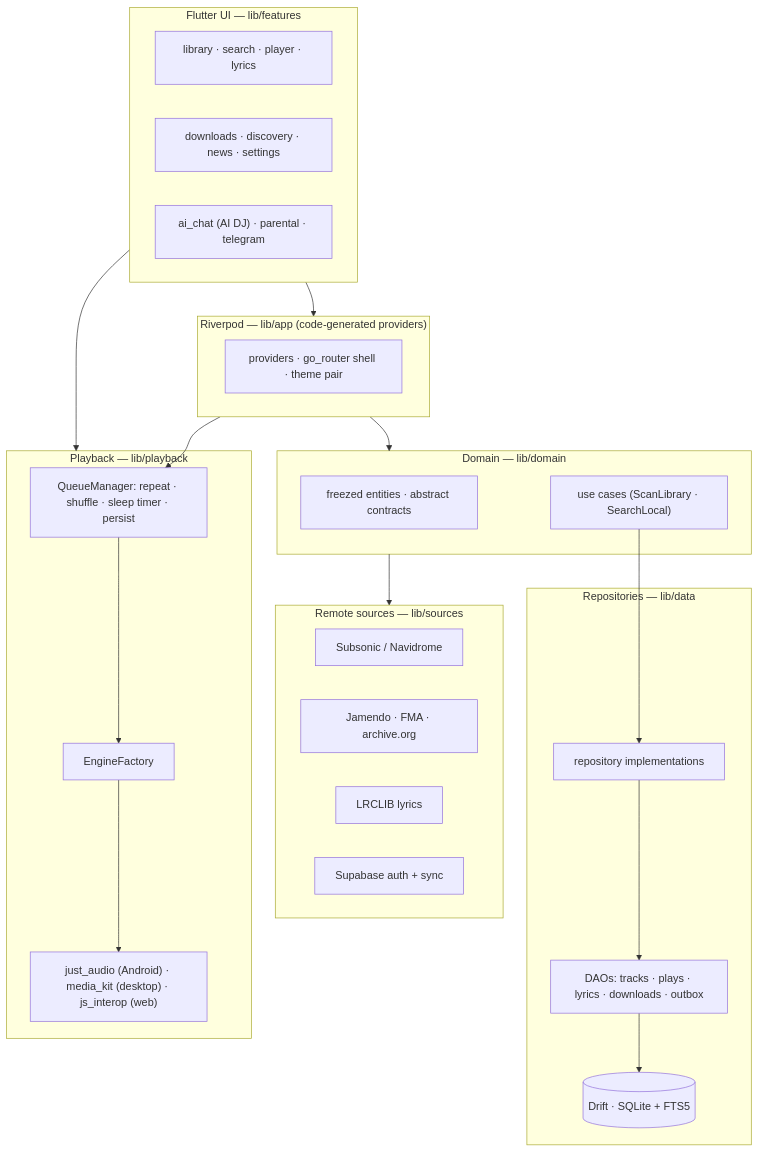
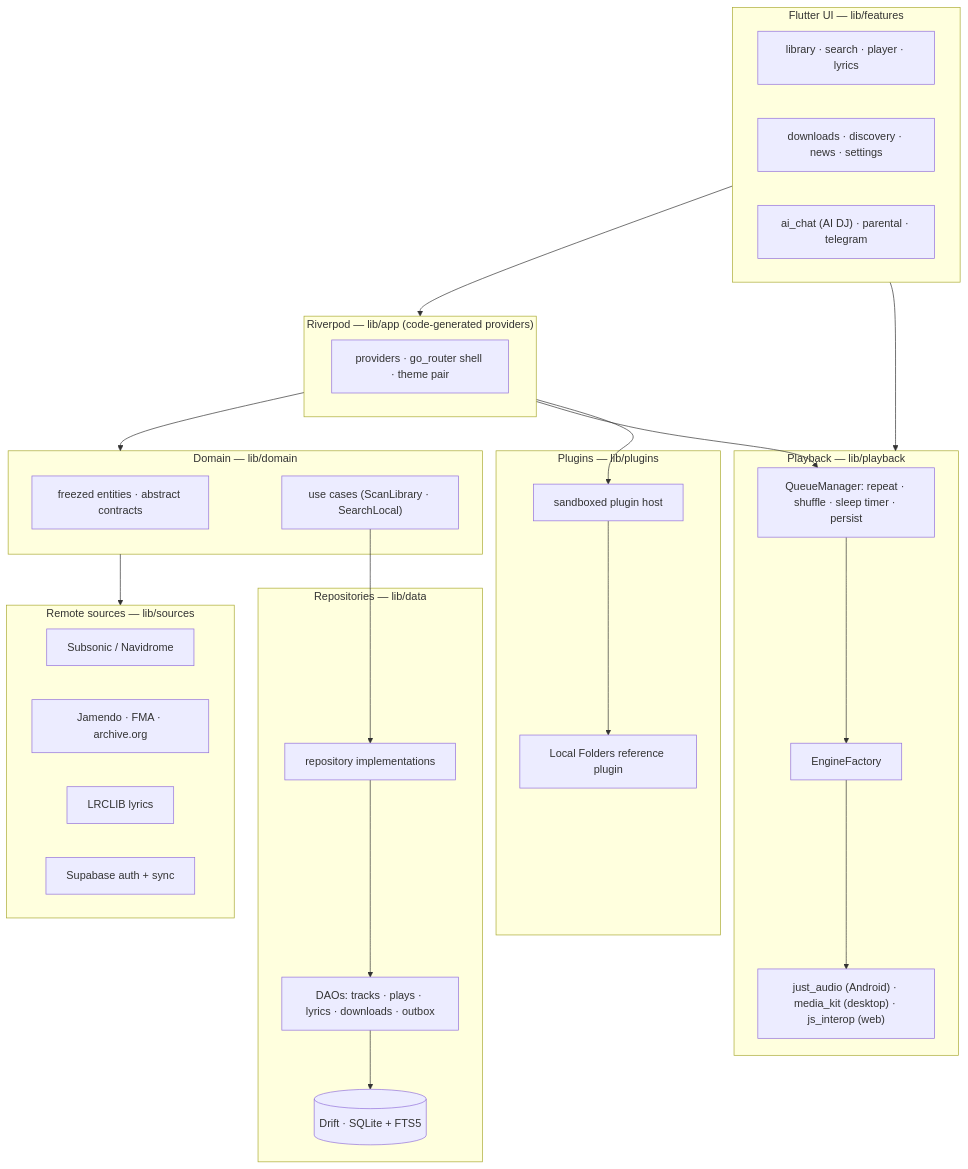
One commit to Dani-Devlop/Music_Wavely changed the diagram in README.md. Above: the diagram before and after it, drawn with Mermaid. The commit also changed other lines of this file and 1 other file, not shown here.

````diff
--- a/README.md
+++ b/README.md
@@ -87,43 +111,50 @@
 ```mermaid
 flowchart TB
     subgraph ui["Flutter UI — lib/features"]
         screens["library · search · player · lyrics"]
         morefeat["downloads · discovery · news · settings"]
         smart["ai_chat (AI DJ) · parental · telegram"]
     end
 
     subgraph state["Riverpod — lib/app (code-generated providers)"]
         prov["providers · go_router shell · theme pair"]
     end
 
     subgraph domain["Domain — lib/domain"]
         ent["freezed entities · abstract contracts"]
         uc["use cases (ScanLibrary · SearchLocal)"]
     end
 
     subgraph data["Repositories — lib/data"]
         repo["repository implementations"]
         daos["DAOs: tracks · plays · lyrics · downloads · outbox"]
         drift[("Drift · SQLite + FTS5")]
     end
 
     subgraph remote["Remote sources — lib/sources"]
         subsonic["Subsonic / Navidrome"]
         catalogs["Jamendo · FMA · archive.org"]
         lrc["LRCLIB lyrics"]
         sb["Supabase auth + sync"]
     end
 
     subgraph playback["Playback — lib/playback"]
         qm["QueueManager: repeat · shuffle · sleep timer · persist"]
         ef["EngineFactory"]
         eng["just_audio (Android) · media_kit (desktop) · js_interop (web)"]
     end
 
+    subgraph plugins["Plugins — lib/plugins"]
+        phost["sandboxed plugin host"]
+        lfp["Local Folders reference plugin"]
+    end
+
     ui --> state --> domain
     uc --> repo --> daos --> drift
     domain --> remote
     ui --> playback
     qm --> ef --> eng
     state --> qm
+    phost --> lfp
+    state --> phost
 ```
````
